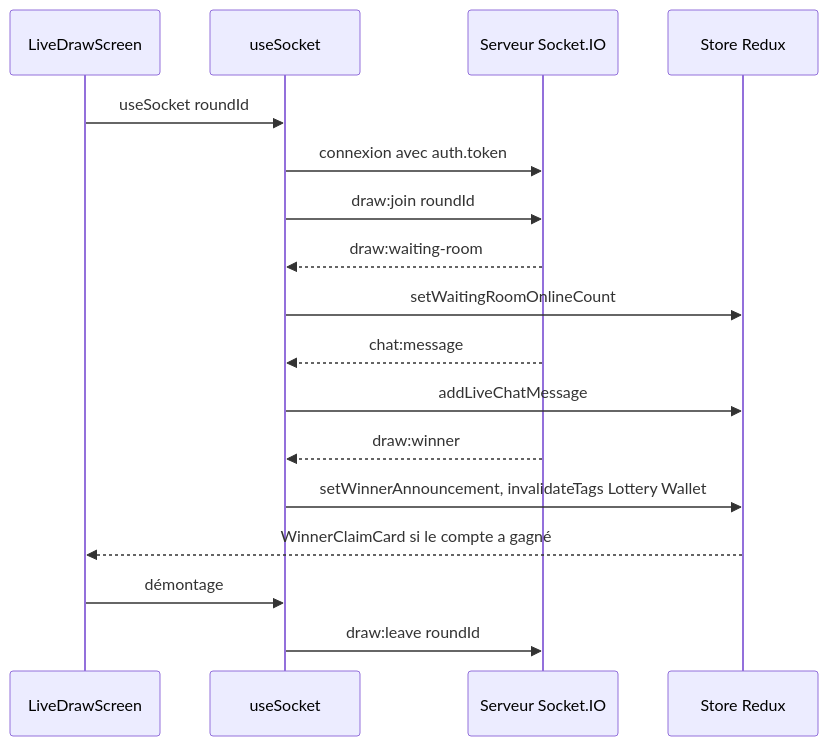
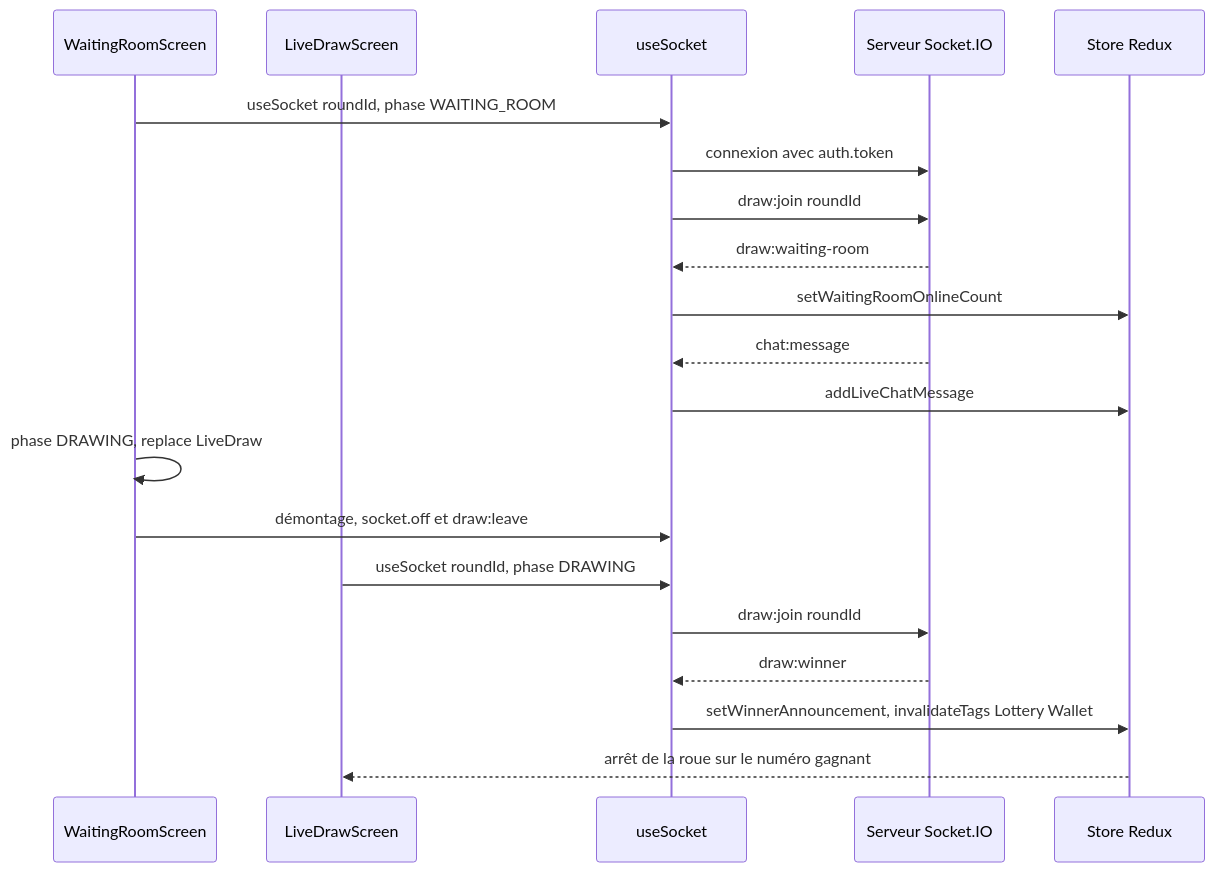
The diagram in documentation-officielle/content/mobile/temps-reel-notifications.md (MarceauTDML/BlockLucky), drawn with Mermaid before and after one commit. The commit also changed other lines of this file and 211 other files, not shown here.

````diff
--- a/documentation-officielle/content/mobile/temps-reel-notifications.md
+++ b/documentation-officielle/content/mobile/temps-reel-notifications.md
@@ -84,19 +89,22 @@
 ```mermaid
 sequenceDiagram
-  participant E as LiveDrawScreen
+  participant W as WaitingRoomScreen
+  participant L as LiveDrawScreen
   participant H as useSocket
   participant S as Serveur Socket.IO
   participant R as Store Redux
-  E->>H: useSocket roundId
+  W->>H: useSocket roundId, phase WAITING_ROOM
   H->>S: connexion avec auth.token
   H->>S: draw:join roundId
   S-->>H: draw:waiting-room
   H->>R: setWaitingRoomOnlineCount
   S-->>H: chat:message
   H->>R: addLiveChatMessage
+  W->>W: phase DRAWING, replace LiveDraw
+  W->>H: démontage, socket.off et draw:leave
+  L->>H: useSocket roundId, phase DRAWING
+  H->>S: draw:join roundId
   S-->>H: draw:winner
   H->>R: setWinnerAnnouncement, invalidateTags Lottery Wallet
-  R-->>E: WinnerClaimCard si le compte a gagné
-  E->>H: démontage
-  H->>S: draw:leave roundId
+  R-->>L: arrêt de la roue sur le numéro gagnant
 ```
````
